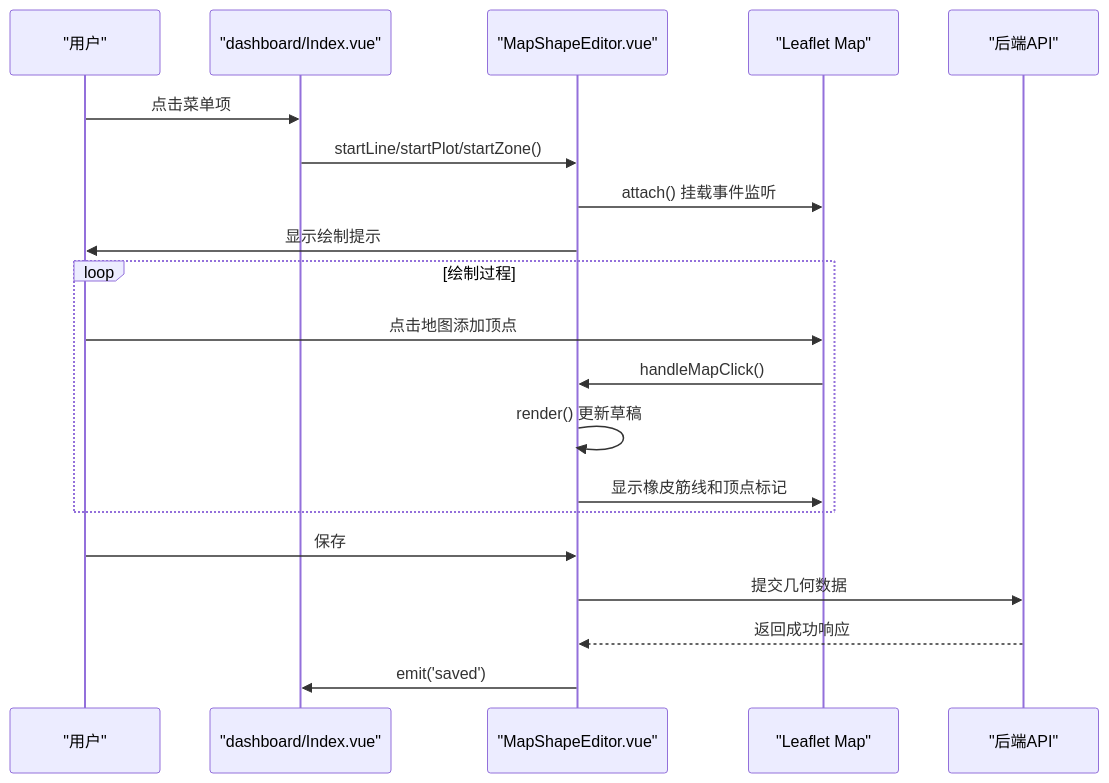
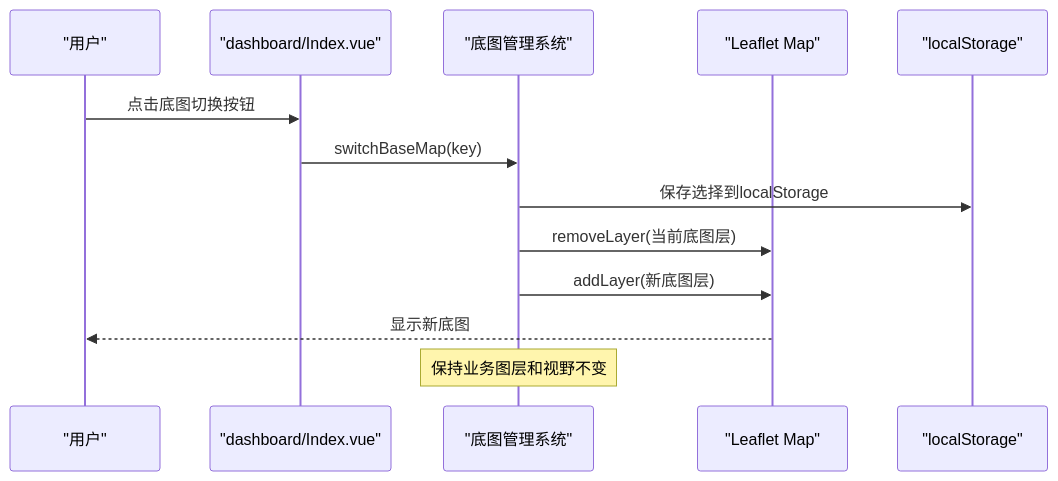
Before and after one commit to q446328246/agri-platform: the second of 6 diagrams in .qoder/repowiki/zh/content/前端应用文档/地图可视化.md, drawn with Mermaid. The commit also changed other lines of this file and 3 other files, not shown here.

Commit message:
docs: 同步 repowiki 知识库（底图增强后自动重生成）

````diff
--- a/.qoder/repowiki/zh/content/前端应用文档/地图可视化.md
+++ b/.qoder/repowiki/zh/content/前端应用文档/地图可视化.md
@@ -97,22 +110,15 @@
 ```mermaid
 sequenceDiagram
 participant User as "用户"
 participant Dashboard as "dashboard/Index.vue"
-participant ShapeEditor as "MapShapeEditor.vue"
+participant BaseMap as "底图管理系统"
 participant Map as "Leaflet Map"
-participant API as "后端API"
-User->>Dashboard : 点击菜单项
-Dashboard->>ShapeEditor : startLine/startPlot/startZone()
-ShapeEditor->>Map : attach() 挂载事件监听
-ShapeEditor->>User : 显示绘制提示
-loop 绘制过程
-User->>Map : 点击地图添加顶点
-Map->>ShapeEditor : handleMapClick()
-ShapeEditor->>ShapeEditor : render() 更新草稿
-ShapeEditor->>Map : 显示橡皮筋线和顶点标记
-end
-User->>ShapeEditor : 保存
-ShapeEditor->>API : 提交几何数据
-API-->>ShapeEditor : 返回成功响应
-ShapeEditor->>Dashboard : emit('saved')
+participant Storage as "localStorage"
+User->>Dashboard : 点击底图切换按钮
+Dashboard->>BaseMap : switchBaseMap(key)
+BaseMap->>Storage : 保存选择到localStorage
+BaseMap->>Map : removeLayer(当前底图层)
+BaseMap->>Map : addLayer(新底图层)
+Map-->>User : 显示新底图
+Note over BaseMap : 保持业务图层和视野不变
 ```
````
